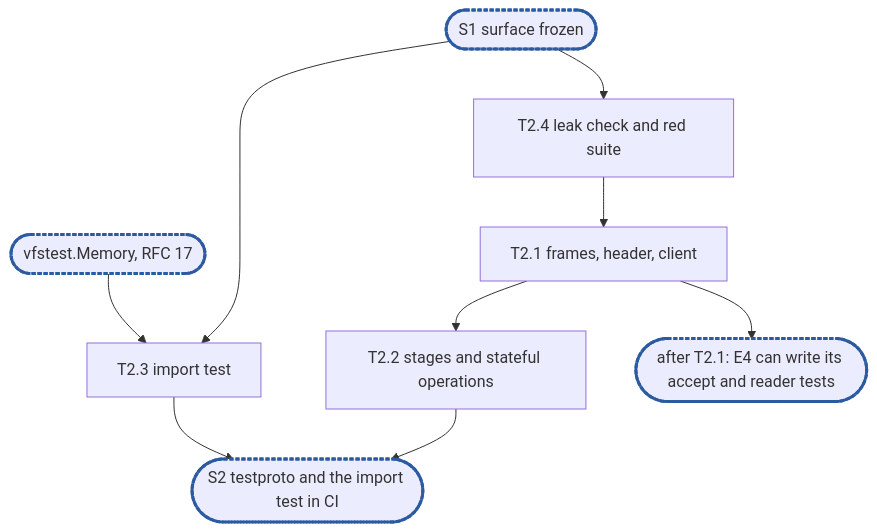
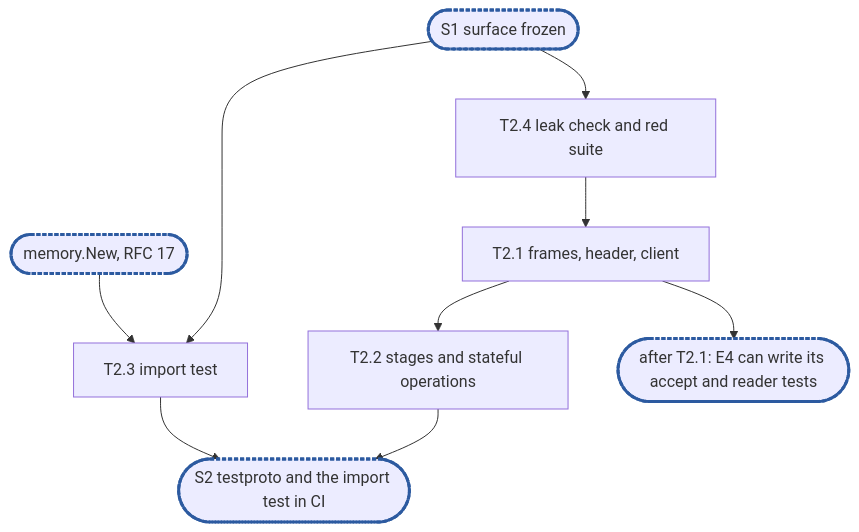
Before and after one commit to cubbit/dittofs: the diagram in docs/internals/planning/rfc-20-adapters-epic2.md, drawn with Mermaid. The commit also changed other lines of this file and 3 other files, not shown here.

First line of the commit message:
docs(planning): the RFC 20 plans name memory.New

````diff
--- a/docs/internals/planning/rfc-20-adapters-epic2.md
+++ b/docs/internals/planning/rfc-20-adapters-epic2.md
@@ -770,10 +769,10 @@
 ```mermaid
 flowchart TD
   S1(["S1 surface frozen"]):::sync --> T2_4["T2.4 leak check and red suite"]
   S1 --> T2_3["T2.3 import test"]
-  M(["vfstest.Memory, RFC 17"]):::sync --> T2_3
+  M(["memory.New, RFC 17"]):::sync --> T2_3
   T2_4 --> T2_1["T2.1 frames, header, client"] --> T2_2["T2.2 stages and stateful operations"]
   T2_1 --> C1(["after T2.1: E4 can write its accept and reader tests"]):::sync
   T2_2 & T2_3 --> S2(["S2 testproto and the import test in CI"]):::sync
   classDef sync stroke:#2c5aa0,stroke-width:3px,stroke-dasharray:4 2
 ```
````
